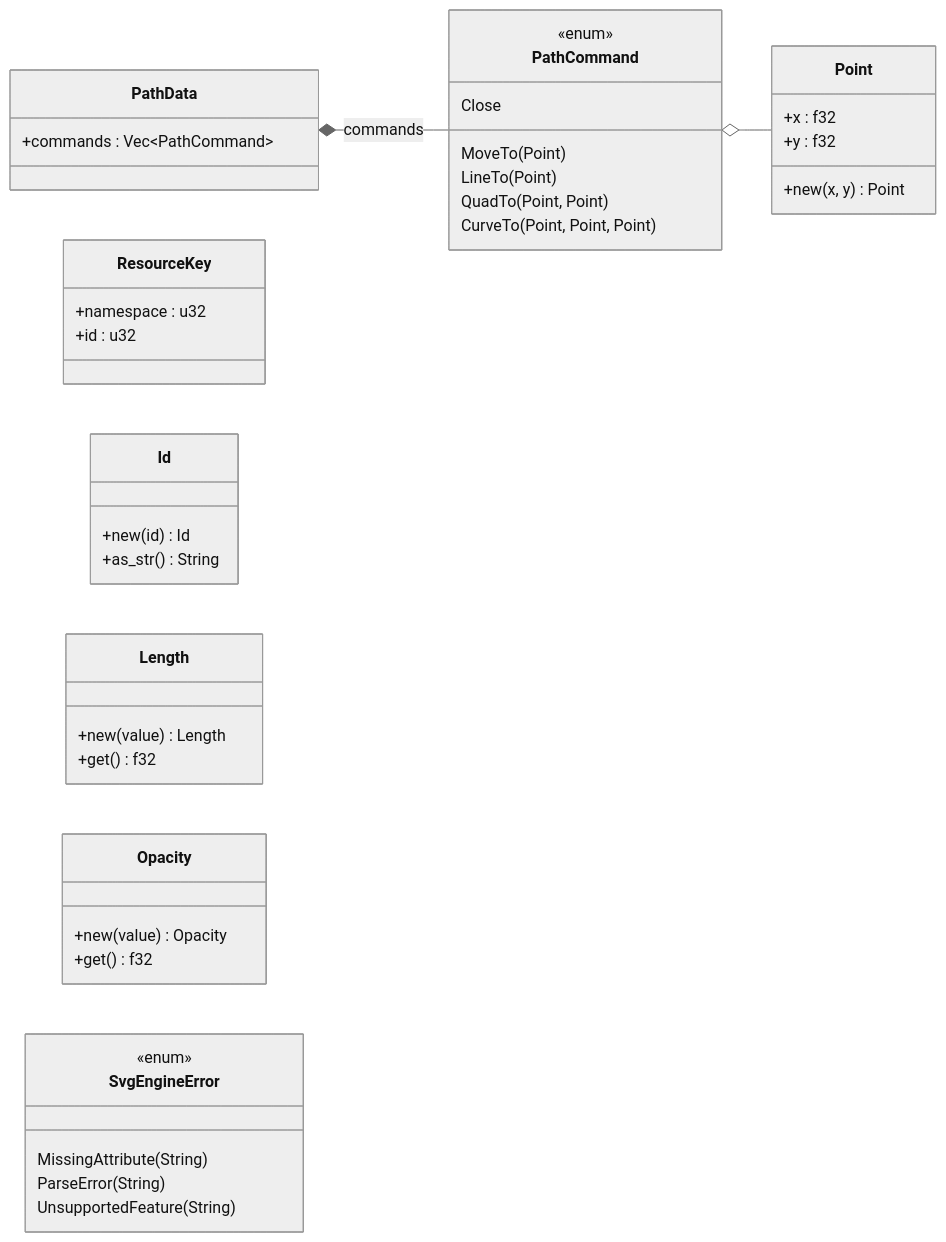
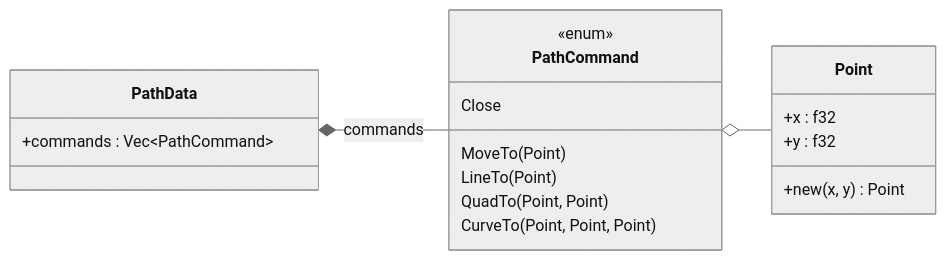
One commit to mu-mostafa98/servo changed diagram 15 of 17 in svg-engine-data-model.md. Above: the diagram before and after it, drawn with Mermaid (neutral theme). The commit also changed other lines of this file, not shown here.

````diff
--- a/svg-engine-data-model.md
+++ b/svg-engine-data-model.md
@@ -834,50 +918,25 @@
 ```mermaid
 classDiagram
     direction LR
 
     class Point {
         +x : f32
         +y : f32
         +new(x, y) Point
     }
 
     class PathCommand {
         <<enum>>
         MoveTo(Point)
         LineTo(Point)
         QuadTo(Point, Point)
         CurveTo(Point, Point, Point)
         Close
     }
     class PathData {
         +commands : Vec~PathCommand~
     }
 
-    class ResourceKey {
-        +namespace : u32
-        +id : u32
-    }
-
-    class Id {
-        +new(id) Id
-        +as_str() String
-    }
-    class Length {
-        +new(value) Length
-        +get() f32
-    }
-    class Opacity {
-        +new(value) Opacity
-        +get() f32
-    }
-
-    class SvgEngineError {
-        <<enum>>
-        MissingAttribute(String)
-        ParseError(String)
-        UnsupportedFeature(String)
-    }
-
     PathData *-- PathCommand : commands
     PathCommand o-- Point
 ```
````
